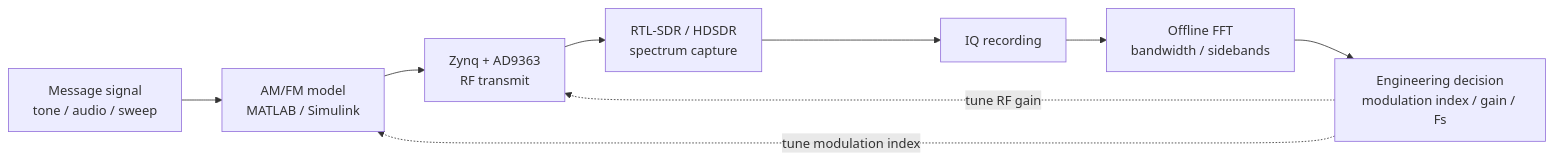
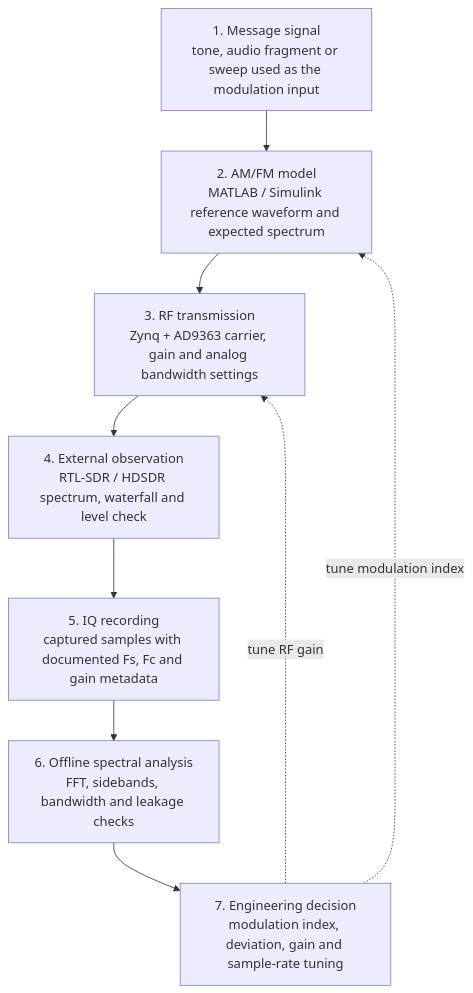
The diagram in docs/lab02-am-fm-spectrum.md (Lay007/zynq-sdr-course), drawn with Mermaid before and after one commit.

Commit message:
Audit diagrams and links for strict docs build

````diff
--- a/docs/lab02-am-fm-spectrum.md
+++ b/docs/lab02-am-fm-spectrum.md
@@ -17,14 +17,14 @@
 ```mermaid
-flowchart LR
-    MSG["Message signal<br/>tone / audio / sweep"]
-    MODEL["AM/FM model<br/>MATLAB / Simulink"]
-    TX["Zynq + AD9363<br/>RF transmit"]
-    RX["RTL-SDR / HDSDR<br/>spectrum capture"]
-    IQ["IQ recording"]
-    FFT["Offline FFT<br/>bandwidth / sidebands"]
-    DEC["Engineering decision<br/>modulation index / gain / Fs"]
+flowchart TB
+    MSG["1. Message signal<br/>tone, audio fragment or sweep used as the modulation input"]
+    MODEL["2. AM/FM model<br/>MATLAB / Simulink reference waveform and expected spectrum"]
+    TX["3. RF transmission<br/>Zynq + AD9363 carrier, gain and analog bandwidth settings"]
+    RX["4. External observation<br/>RTL-SDR / HDSDR spectrum, waterfall and level check"]
+    IQ["5. IQ recording<br/>captured samples with documented Fs, Fc and gain metadata"]
+    FFT["6. Offline spectral analysis<br/>FFT, sidebands, bandwidth and leakage checks"]
+    DEC["7. Engineering decision<br/>modulation index, deviation, gain and sample-rate tuning"]
 
     MSG --> MODEL --> TX --> RX --> IQ --> FFT --> DEC
     DEC -. tune modulation index .-> MODEL
     DEC -. tune RF gain .-> TX
 ```
````
